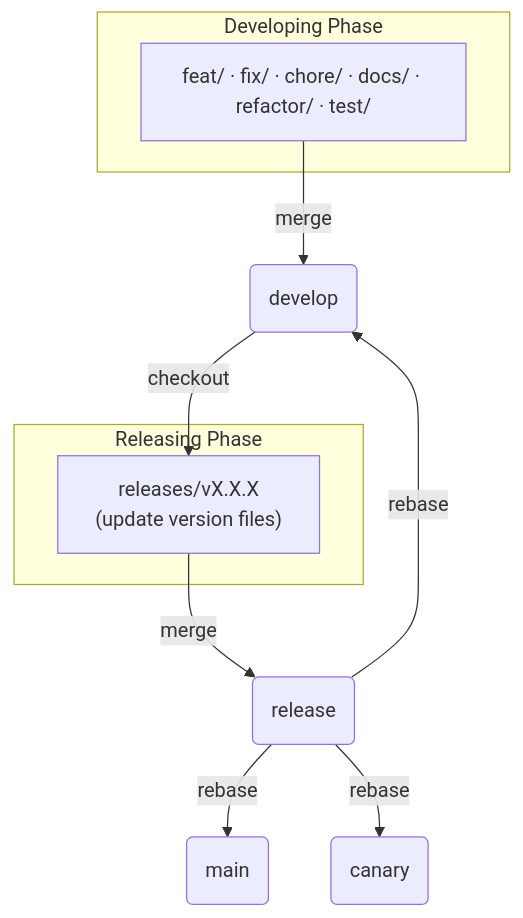
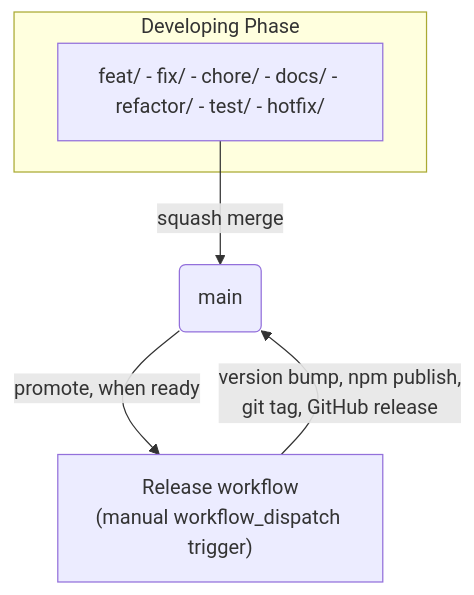
The diagram in CONTRIBUTING.md (michaeljymsgutierrez/arm-js-library), drawn with Mermaid before and after one commit. The commit also changed other lines of this file and 3 other files, not shown here.

````diff
--- a/CONTRIBUTING.md
+++ b/CONTRIBUTING.md
@@ -64,22 +57,13 @@
 ```mermaid
 flowchart TD
     subgraph Developing["Developing Phase"]
-        WB["feat/ · fix/ · chore/ · docs/ · refactor/ · test/"]
+        WB["feat/ - fix/ - chore/ - docs/ - refactor/ - test/ - hotfix/"]
     end
 
-    subgraph Releasing["Releasing Phase"]
-        RV["releases/vX.X.X\n(update version files)"]
-    end
+    main(main)
+    RW["Release workflow\n(manual workflow_dispatch trigger)"]
 
-    develop(develop)
-    release(release)
-    main(main)
-    canary(canary)
-
-    WB -->|merge| develop
-    develop -->|checkout| RV
-    RV -->|merge| release
-    release -->|rebase| main
-    release -->|rebase| canary
-    release -->|rebase| develop
+    WB -->|squash merge| main
+    main -->|promote, when ready| RW
+    RW -->|version bump, npm publish,\ngit tag, GitHub release| main
 ```
````
